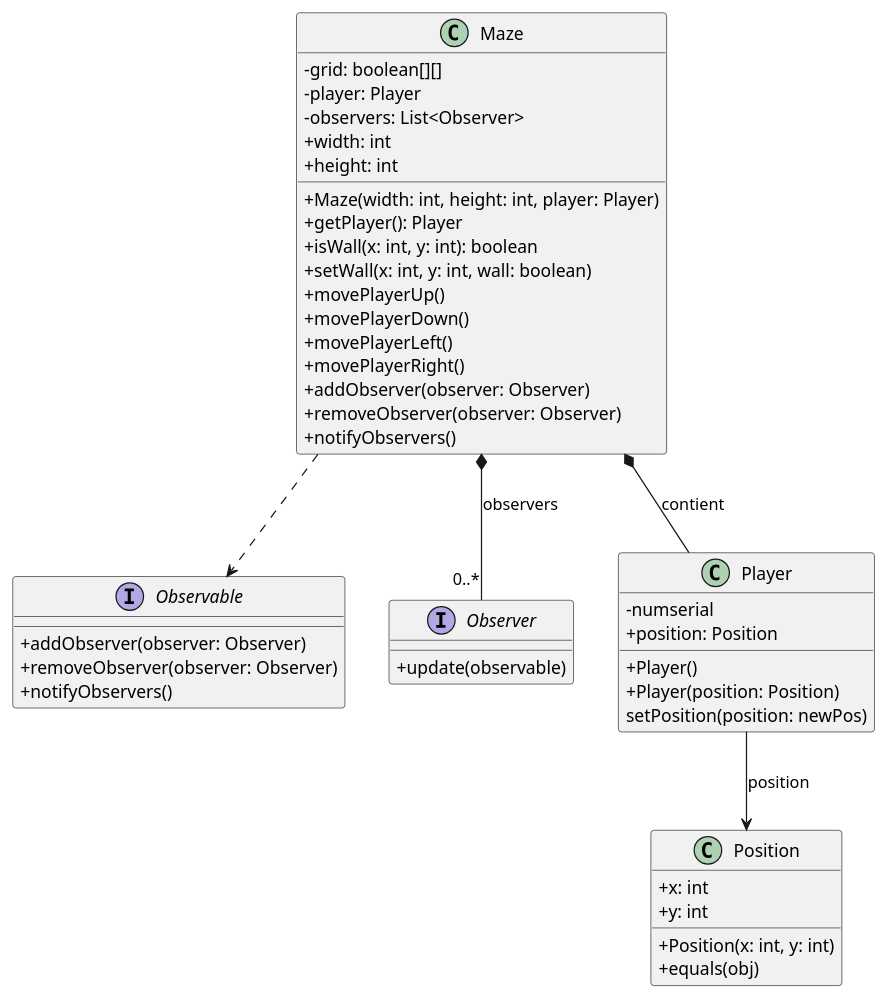
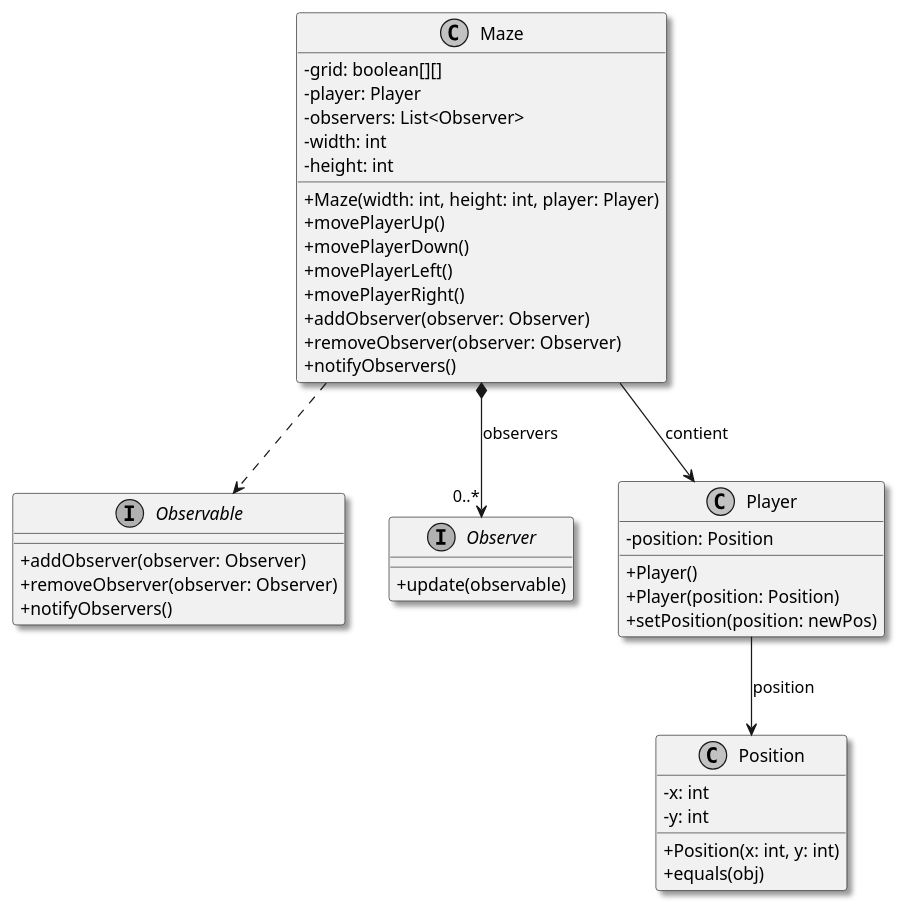
The diagram in rapports/algo/reflexion1.puml (blavogiez/developpement-modulab-Semestre3), drawn with PlantUML before and after one commit. The commit also changed 3 other files, not shown here.

Commit message:
docs: analyse, uml reflexion 2 (Gamemode, Database, Progress, Stage)

```diff
--- a/rapports/algo/reflexion1.puml
+++ b/rapports/algo/reflexion1.puml
@@ -1,55 +1,52 @@
 @startuml totof
+skinparam monochrome true
+skinparam shadowing true
 skinparam classAttributeIconSize 0
-skinparam packageStyle rectangle
 
 interface Observable {
   +addObserver(observer: Observer)
   +removeObserver(observer: Observer)
   +notifyObservers()
 }
 
 interface Observer {
   +update(observable)
 }
 
 class Maze {
   -grid: boolean[][]
   -player: Player
   -observers: List<Observer>
-  +width: int
-  +height: int
+  -width: int
+  -height: int
   +Maze(width: int, height: int, player: Player)
-  +getPlayer(): Player
-  +isWall(x: int, y: int): boolean
-  +setWall(x: int, y: int, wall: boolean)
   +movePlayerUp()
   +movePlayerDown()
   +movePlayerLeft()
   +movePlayerRight()
   +addObserver(observer: Observer)
   +removeObserver(observer: Observer)
   +notifyObservers()
 }
 
 class Player {
-  -numserial
-  +position: Position
+  -position: Position
   +Player()
   +Player(position: Position)
-  setPosition(position: newPos)
+  +setPosition(position: newPos)
 }
 
 class Position {
-  +x: int
-  +y: int
+  -x: int
+  -y: int
   +Position(x: int, y: int)
   +equals(obj)
 }
 
 ' Relations
-Maze *-- Player : contient
-Maze *-- "0..*" Observer : observers
+Maze --> Player : contient
+Maze *--> "0..*" Observer : observers
 Maze ..> Observable
 Player --> Position : position
 
 @enduml
```
